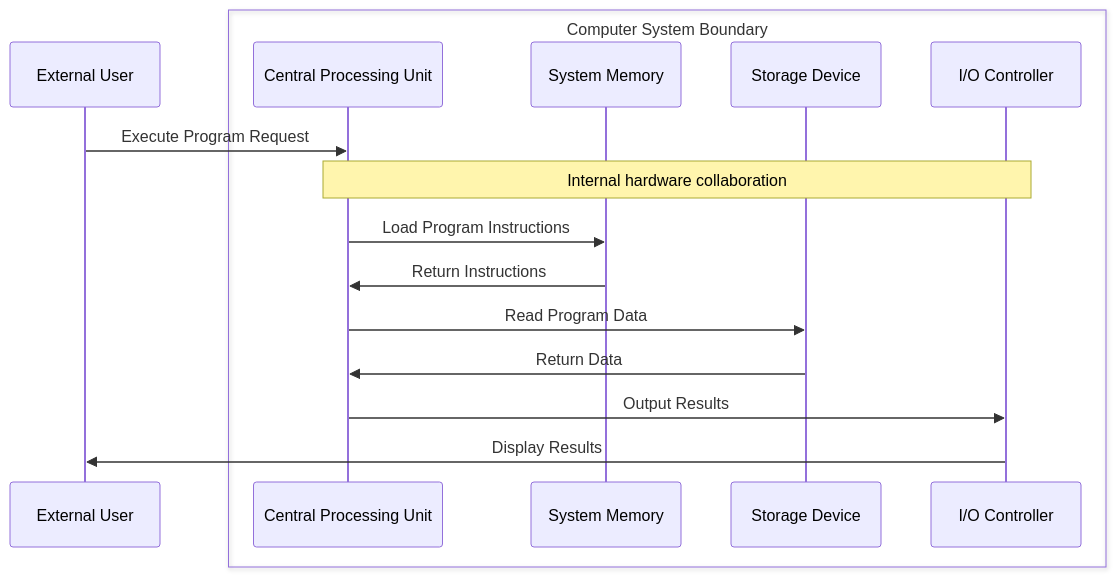
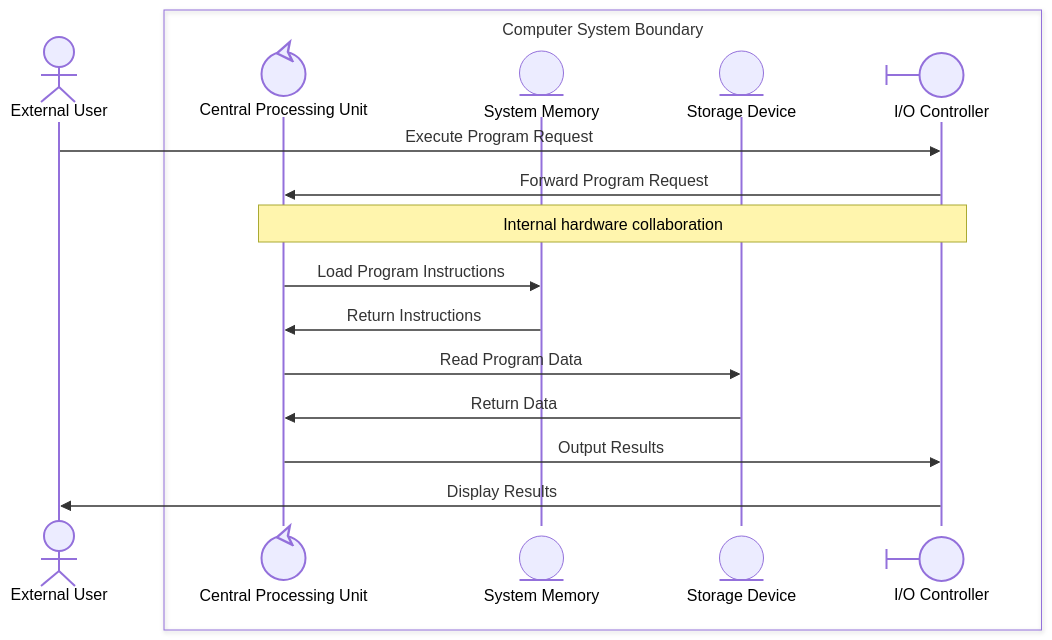
One commit to zhongadamwang/AI_Slowcooker changed the second of 13 diagrams in OrgDocument/projects/03 - Building Skills Iteration 2/artifacts/Sample Data/hierarchy-examples.md. Above: the diagram before and after it, drawn with Mermaid. The commit also changed other lines of this file and 2 other files, not shown here.

````diff
--- a/OrgDocument/projects/03 - Building Skills Iteration 2/artifacts/Sample Data/hierarchy-examples.md
+++ b/OrgDocument/projects/03 - Building Skills Iteration 2/artifacts/Sample Data/hierarchy-examples.md
@@ -28,21 +28,22 @@
 ```mermaid
 sequenceDiagram
-    participant User as External User
+    participant User@{ "type" : "actor" } as External User
     
     box Computer System Boundary
-        participant CPU as Central Processing Unit
-        participant Memory as System Memory
-        participant Storage as Storage Device
-        participant IO as I/O Controller
+        participant CPU@{ "type" : "control" } as Central Processing Unit
+        participant Memory@{ "type" : "entity" } as System Memory
+        participant Storage@{ "type" : "entity" } as Storage Device
+        participant IO@{ "type" : "boundary" } as I/O Controller
     end
     
-    User->>CPU: Execute Program Request
+    User->>IO: Execute Program Request
+    IO->>CPU: Forward Program Request
     
     Note over CPU,IO: Internal hardware collaboration
     CPU->>Memory: Load Program Instructions
     Memory->>CPU: Return Instructions
     CPU->>Storage: Read Program Data
     Storage->>CPU: Return Data
     CPU->>IO: Output Results
     IO->>User: Display Results
 ```
````
